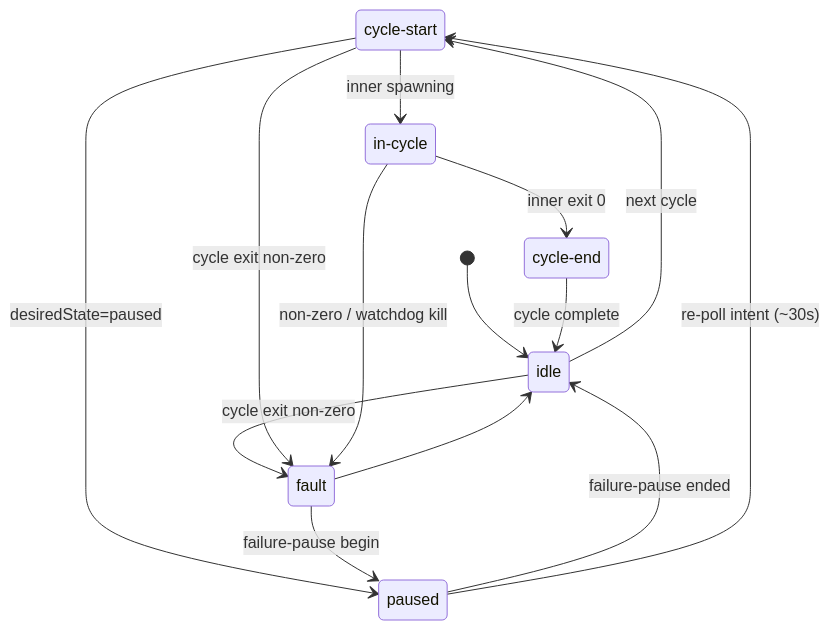
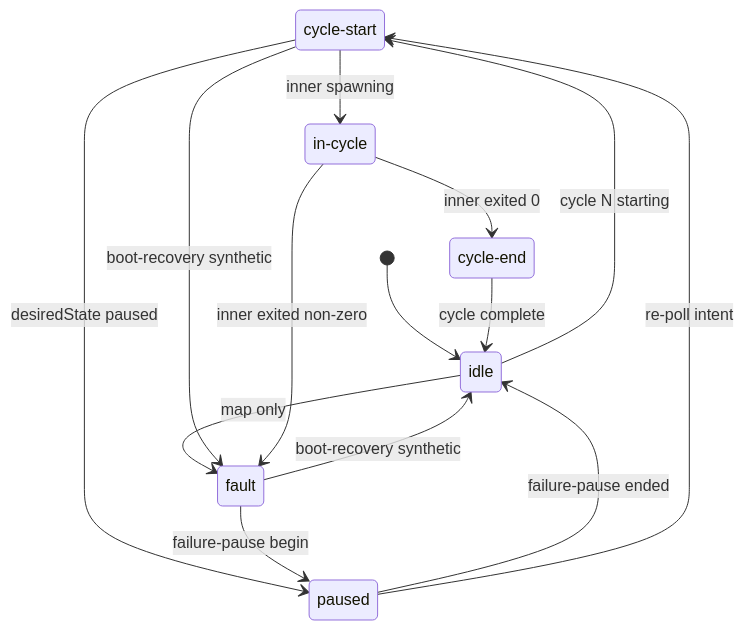
Before and after one commit to alissonsol/yuruna: the first of 3 diagrams in docs/design/04-lifecycle-state.md, drawn with Mermaid. The commit also changed other lines of this file and 652 other files, not shown here.

````diff
--- a/docs/design/04-lifecycle-state.md
+++ b/docs/design/04-lifecycle-state.md
@@ -18,19 +25,19 @@
 ```mermaid
 stateDiagram-v2
     state "cycle-start" as cycle_start
     state "in-cycle" as in_cycle
     state "cycle-end" as cycle_end
     [*] --> idle
-    idle --> cycle_start : next cycle
-    idle --> fault : cycle exit non-zero
+    idle --> cycle_start : cycle N starting
+    idle --> fault : map only
     cycle_start --> in_cycle : inner spawning
-    cycle_start --> fault : cycle exit non-zero
-    cycle_start --> paused : desiredState=paused
-    in_cycle --> cycle_end : inner exit 0
-    in_cycle --> fault : non-zero / watchdog kill
+    cycle_start --> fault : boot-recovery synthetic
+    cycle_start --> paused : desiredState paused
+    in_cycle --> cycle_end : inner exited 0
+    in_cycle --> fault : inner exited non-zero
     cycle_end --> idle : cycle complete
     fault --> paused : failure-pause begin
-    fault --> idle
+    fault --> idle : boot-recovery synthetic
     paused --> idle : failure-pause ended
-    paused --> cycle_start : re-poll intent (~30s)
+    paused --> cycle_start : re-poll intent
 ```
````
